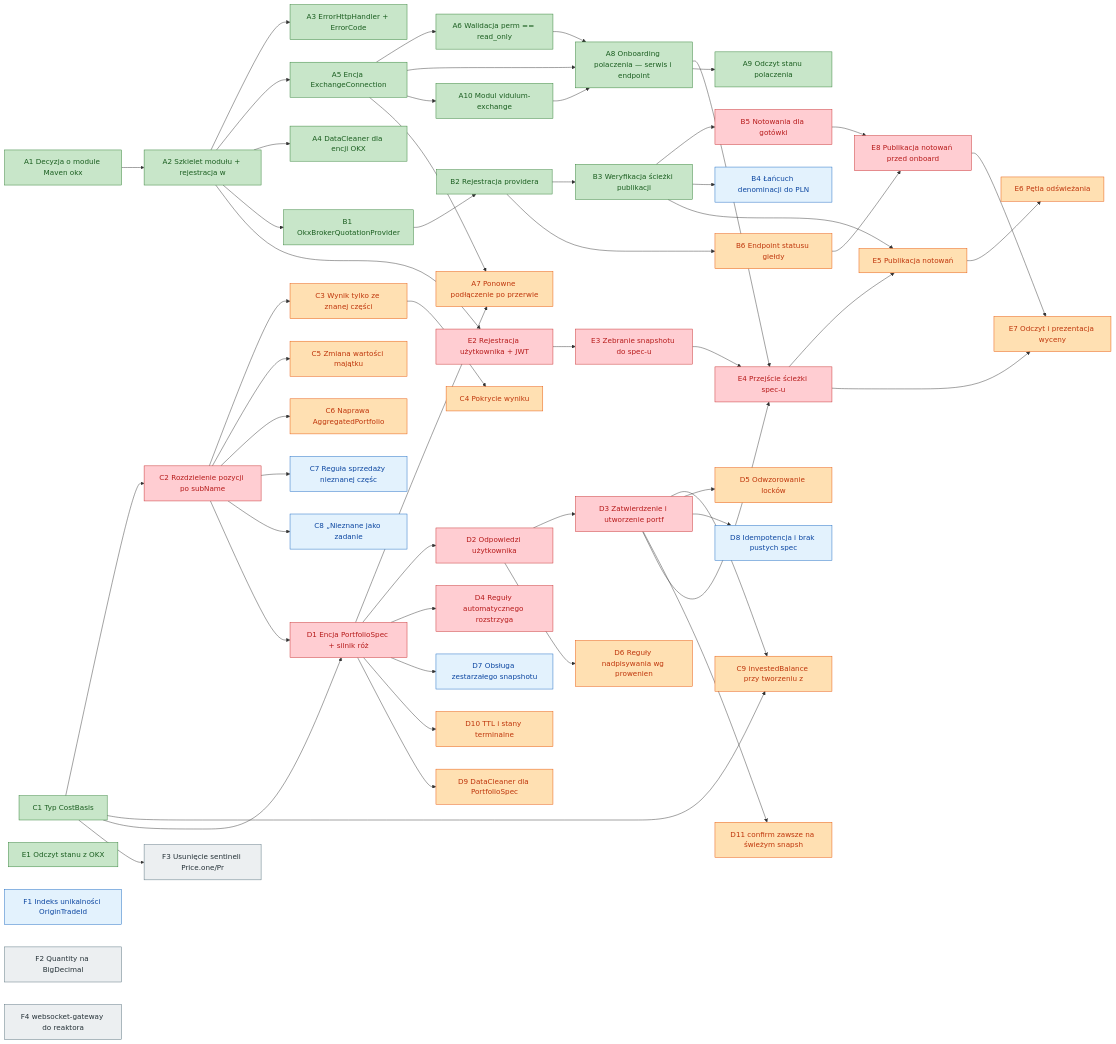
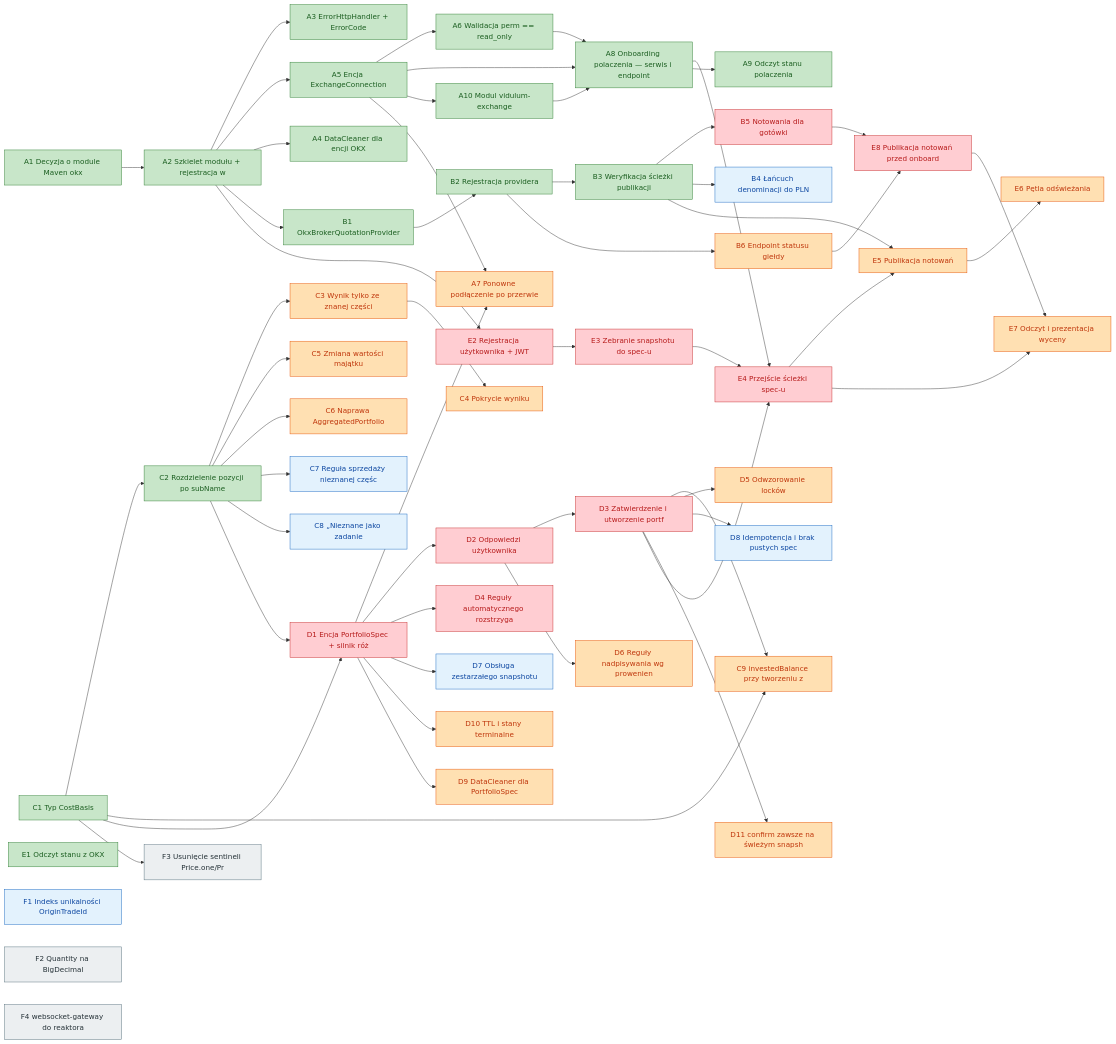
One commit to lu92/vidulum changed the diagram in docs/features-backlog/2026-09-18-okx-tasks.md. Above: the diagram before and after it, drawn with Mermaid. The commit also changed other lines of this file and 10 other files, not shown here.

```diff
--- a/docs/features-backlog/2026-09-18-okx-tasks.md
+++ b/docs/features-backlog/2026-09-18-okx-tasks.md
@@ -151,7 +150,7 @@
     B6["B6 Endpoint statusu giełdy"]:::p1
     B4["B4 Łańcuch denominacji do PLN"]:::p2
     C1["C1 Typ CostBasis"]:::done
-    C2["C2 Rozdzielenie pozycji po subName"]:::p0
+    C2["C2 Rozdzielenie pozycji po subName"]:::done
     C3["C3 Wynik tylko ze znanej części"]:::p1
     C4["C4 Pokrycie wyniku"]:::p1
     C5["C5 Zmiana wartości majątku"]:::p1
```
